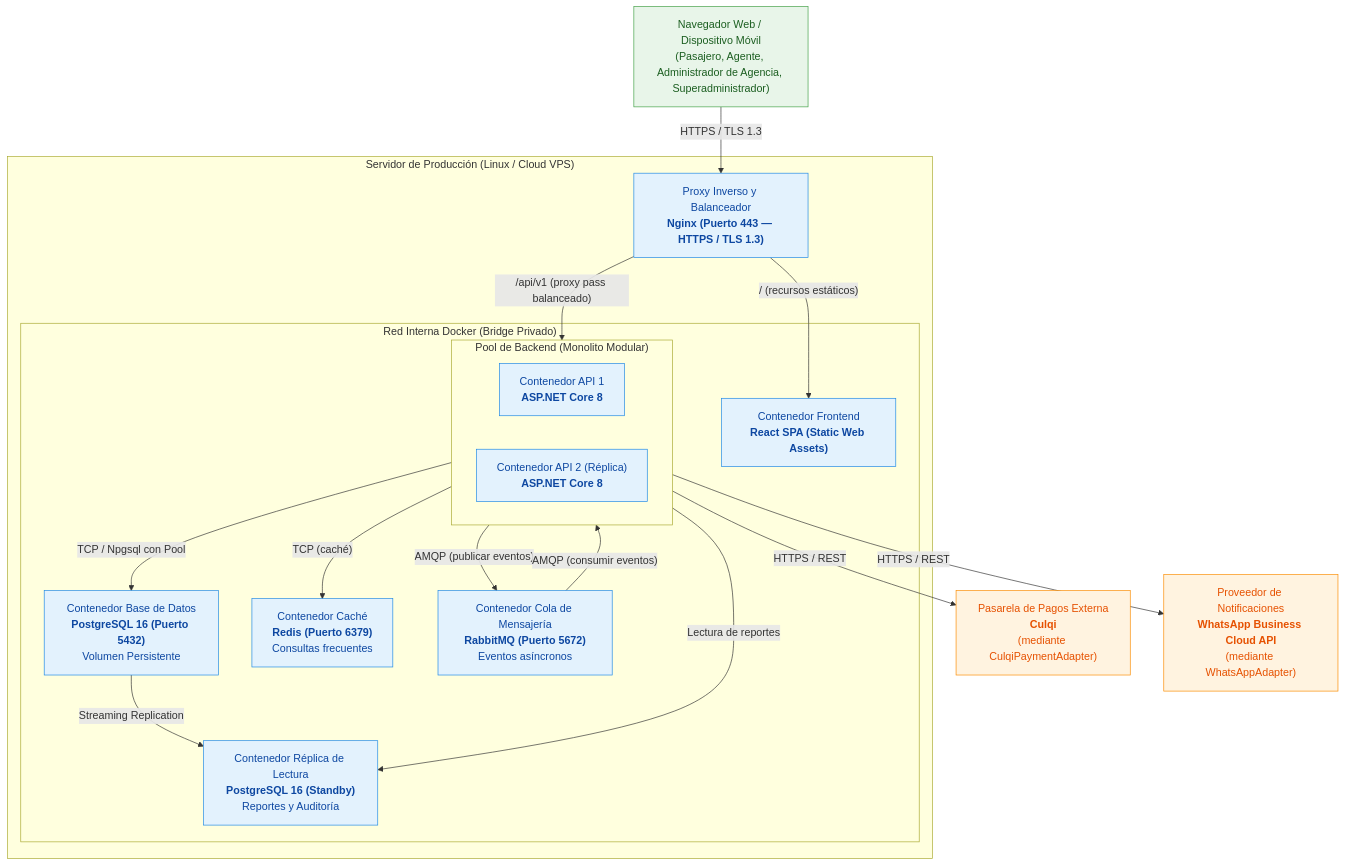
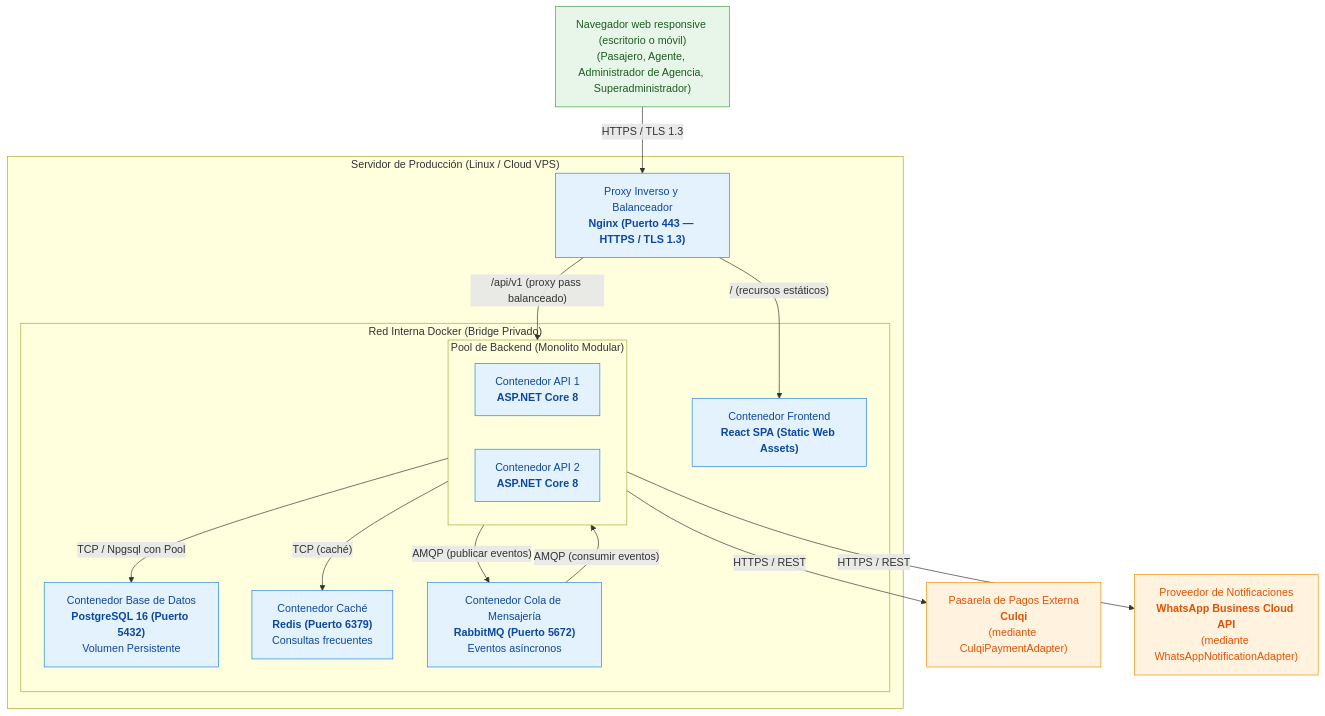
Before and after one commit to jos12-prog/transporte-interprovincial-arquitectura: the second of 3 diagrams in docs/02-arquitectura-software/tecnologias-y-despliegue.md, drawn with Mermaid. The commit also changed other lines of this file and 31 other files, not shown here.

````diff
--- a/docs/02-arquitectura-software/tecnologias-y-despliegue.md
+++ b/docs/02-arquitectura-software/tecnologias-y-despliegue.md
@@ -60,44 +60,41 @@
 ```mermaid
 flowchart TB
-    CLIENTE["Navegador Web / Dispositivo Móvil<br/>(Pasajero, Agente, Administrador de Agencia, Superadministrador)"]
+    CLIENTE["Navegador web responsive (escritorio o móvil)<br/>(Pasajero, Agente, Administrador de Agencia, Superadministrador)"]
 
     subgraph SERVIDOR["Servidor de Producción (Linux / Cloud VPS)"]
         NGINX["Proxy Inverso y Balanceador<br/><b>Nginx (Puerto 443 — HTTPS / TLS 1.3)</b>"]
 
         subgraph RED_DOCKER["Red Interna Docker (Bridge Privado)"]
             FRONT["Contenedor Frontend<br/><b>React SPA (Static Web Assets)</b>"]
 
             subgraph BACKEND_POOL["Pool de Backend (Monolito Modular)"]
                 API1["Contenedor API 1<br/><b>ASP.NET Core 8</b>"]
-                API2["Contenedor API 2 (Réplica)<br/><b>ASP.NET Core 8</b>"]
+                API2["Contenedor API 2<br/><b>ASP.NET Core 8</b>"]
             end
 
             DB["Contenedor Base de Datos<br/><b>PostgreSQL 16 (Puerto 5432)</b><br/>Volumen Persistente"]
-            DB_REPLICA["Contenedor Réplica de Lectura<br/><b>PostgreSQL 16 (Standby)</b><br/>Reportes y Auditoría"]
             REDIS["Contenedor Caché<br/><b>Redis (Puerto 6379)</b><br/>Consultas frecuentes"]
             RABBIT["Contenedor Cola de Mensajería<br/><b>RabbitMQ (Puerto 5672)</b><br/>Eventos asíncronos"]
         end
     end
 
     EXT_PAGOS["Pasarela de Pagos Externa<br/><b>Culqi</b><br/>(mediante CulqiPaymentAdapter)"]
-    EXT_NOTIF["Proveedor de Notificaciones<br/><b>WhatsApp Business Cloud API</b><br/>(mediante WhatsAppAdapter)"]
+    EXT_NOTIF["Proveedor de Notificaciones<br/><b>WhatsApp Business Cloud API</b><br/>(mediante WhatsAppNotificationAdapter)"]
 
     CLIENTE -->|"HTTPS / TLS 1.3"| NGINX
     NGINX -->|"/ (recursos estáticos)"| FRONT
     NGINX -->|"/api/v1 (proxy pass balanceado)"| BACKEND_POOL
     BACKEND_POOL -->|"TCP / Npgsql con Pool"| DB
-    DB -->|"Streaming Replication"| DB_REPLICA
-    BACKEND_POOL -->|"Lectura de reportes"| DB_REPLICA
     BACKEND_POOL -->|"TCP (caché)"| REDIS
     BACKEND_POOL -->|"AMQP (publicar eventos)"| RABBIT
     RABBIT -->|"AMQP (consumir eventos)"| BACKEND_POOL
     BACKEND_POOL -->|"HTTPS / REST"| EXT_PAGOS
     BACKEND_POOL -->|"HTTPS / REST"| EXT_NOTIF
 
     classDef net fill:#E3F2FD,stroke:#1E88E5,color:#0D47A1
     classDef comp fill:#E8F5E9,stroke:#43A047,color:#1B5E20
     classDef ext fill:#FFF3E0,stroke:#FB8C00,color:#E65100
-    class NGINX,FRONT,API1,API2,DB,DB_REPLICA,REDIS,RABBIT net
+    class NGINX,FRONT,API1,API2,DB,REDIS,RABBIT net
     class CLIENTE comp
     class EXT_PAGOS,EXT_NOTIF ext
 ```
````
